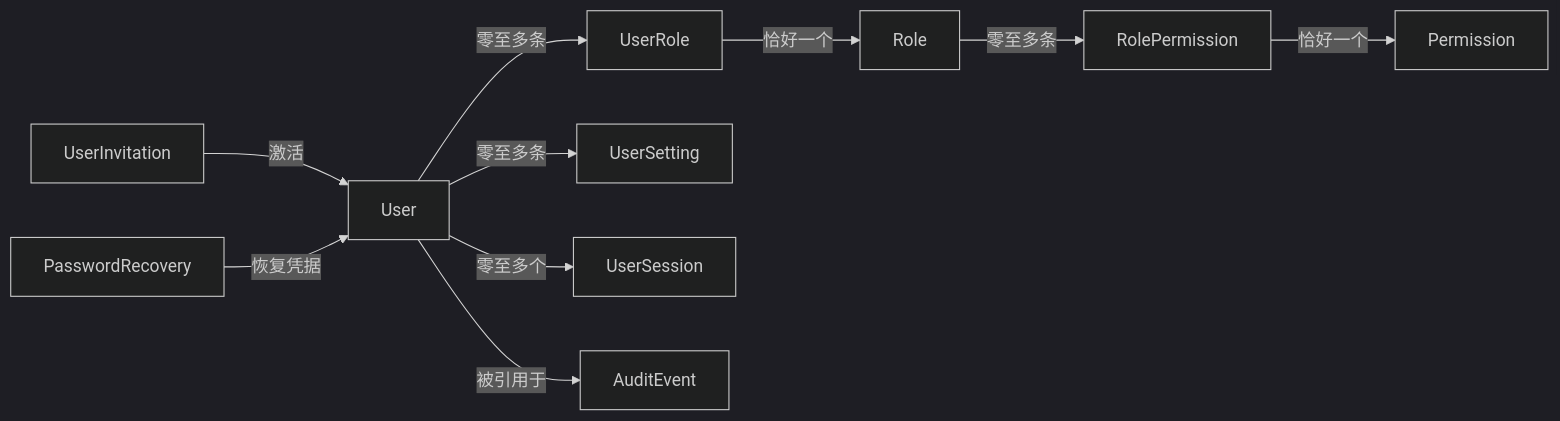
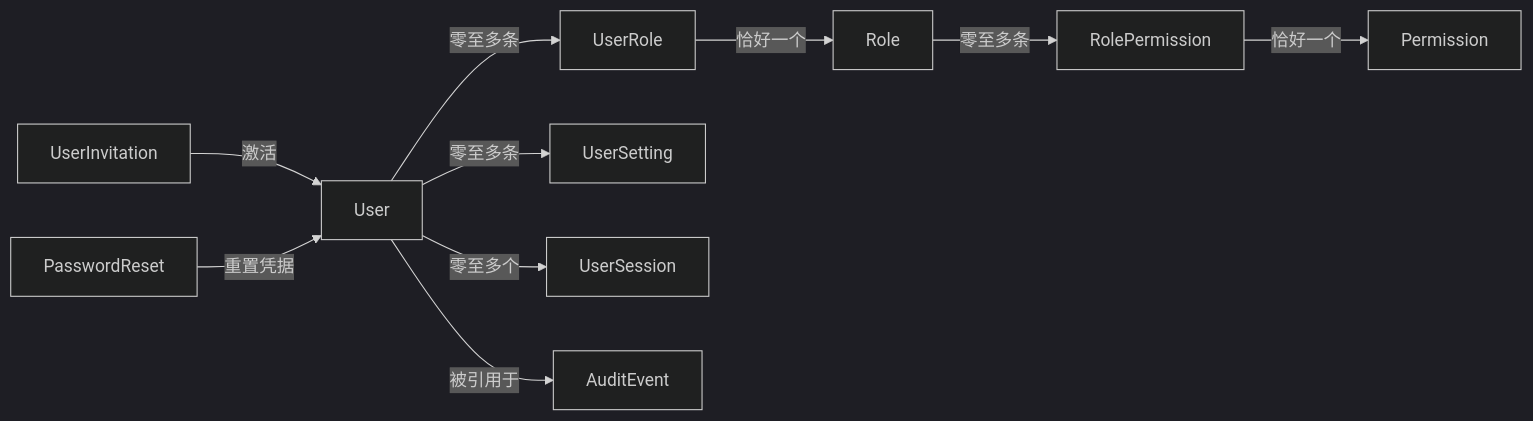
One commit to zhijun-io/roseiam changed the diagram in docs/design/iam-domain.md. Above: the diagram before and after it, drawn with Mermaid (dark theme). The commit also changed other lines of this file and 59 other files, not shown here.

````diff
--- a/docs/design/iam-domain.md
+++ b/docs/design/iam-domain.md
@@ -29,12 +29,12 @@
 ```mermaid
 flowchart LR
   USER[User] -->|零至多条| USER_ROLE[UserRole]
   USER_ROLE -->|恰好一个| ROLE[Role]
   ROLE -->|零至多条| ROLE_PERMISSION[RolePermission]
   ROLE_PERMISSION -->|恰好一个| PERMISSION[Permission]
   USER -->|零至多条| USER_SETTING[UserSetting]
   USER -->|零至多个| USER_SESSION[UserSession]
   USER -->|被引用于| AUDIT[AuditEvent]
   INVITE[UserInvitation] -->|激活| USER
-  RECOVERY[PasswordRecovery] -->|恢复凭据| USER
+  RESET[PasswordReset] -->|重置凭据| USER
 ```
````
